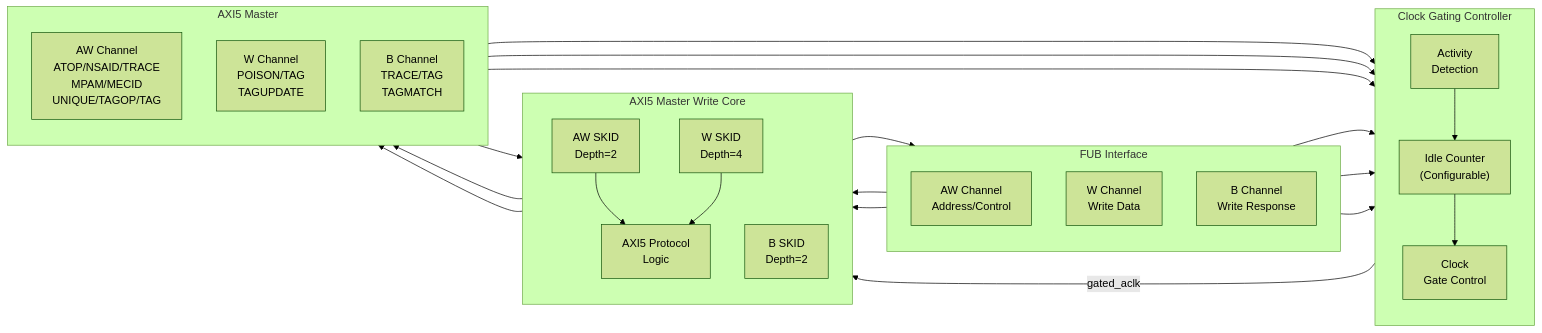
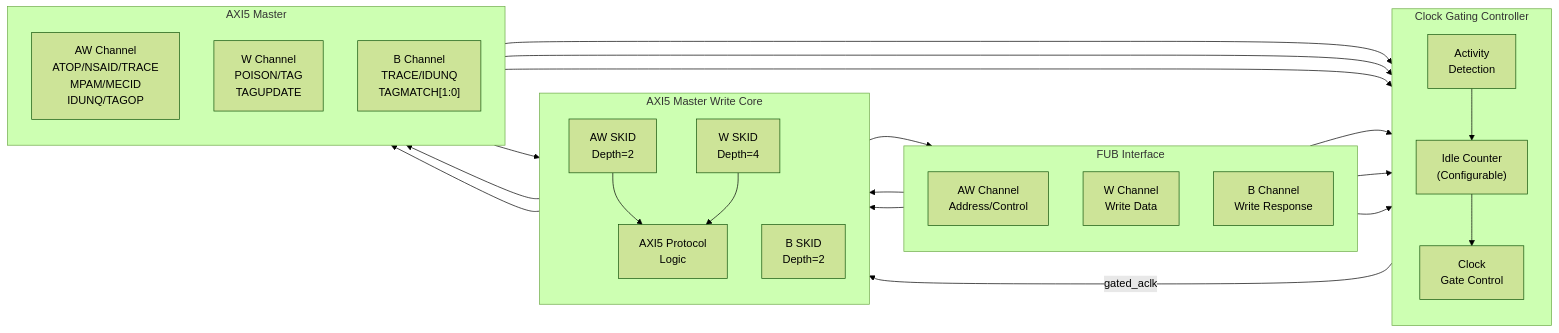
The diagram in docs/markdown/rtl-amba/axi5/axi5_master_wr_cg.md (sean-galloway/RTLDesignSherpa), drawn with Mermaid (forest theme) before and after one commit. The commit also changed other lines of this file and 526 other files, not shown here.

````diff
--- a/docs/markdown/rtl-amba/axi5/axi5_master_wr_cg.md
+++ b/docs/markdown/rtl-amba/axi5/axi5_master_wr_cg.md
@@ -206,52 +206,52 @@
 ```mermaid
 flowchart LR
     subgraph FUB["FUB Interface"]
         direction TB
         fub_aw["AW Channel<br/>Address/Control"]
         fub_w["W Channel<br/>Write Data"]
         fub_b["B Channel<br/>Write Response"]
     end
 
     subgraph CG["Clock Gating Controller"]
         direction TB
         activity["Activity<br/>Detection"]
         idle_cnt["Idle Counter<br/>(Configurable)"]
         gate_ctrl["Clock<br/>Gate Control"]
     end
 
     subgraph CORE["AXI5 Master Write Core"]
         direction TB
         aw_skid["AW SKID<br/>Depth=2"]
         w_skid["W SKID<br/>Depth=4"]
         b_skid["B SKID<br/>Depth=2"]
         axi5_core["AXI5 Protocol<br/>Logic"]
     end
 
     subgraph AXI["AXI5 Master"]
         direction TB
-        m_aw["AW Channel<br/>ATOP/NSAID/TRACE<br/>MPAM/MECID<br/>UNIQUE/TAGOP/TAG"]
+        m_aw["AW Channel<br/>ATOP/NSAID/TRACE<br/>MPAM/MECID<br/>IDUNQ/TAGOP"]
         m_w["W Channel<br/>POISON/TAG<br/>TAGUPDATE"]
-        m_b["B Channel<br/>TRACE/TAG<br/>TAGMATCH"]
+        m_b["B Channel<br/>TRACE/IDUNQ<br/>TAGMATCH[1:0]"]
     end
 
     fub_aw --> activity
     fub_w --> activity
     fub_b --> activity
     m_aw --> activity
     m_w --> activity
     m_b --> activity
 
     activity --> idle_cnt
     idle_cnt --> gate_ctrl
     gate_ctrl -->|gated_aclk| axi5_core
 
     fub_aw --> aw_skid
     fub_w --> w_skid
     aw_skid --> axi5_core
     w_skid --> axi5_core
     axi5_core --> m_aw
     axi5_core --> m_w
 
     m_b --> b_skid
     b_skid --> fub_b
 ```
````
